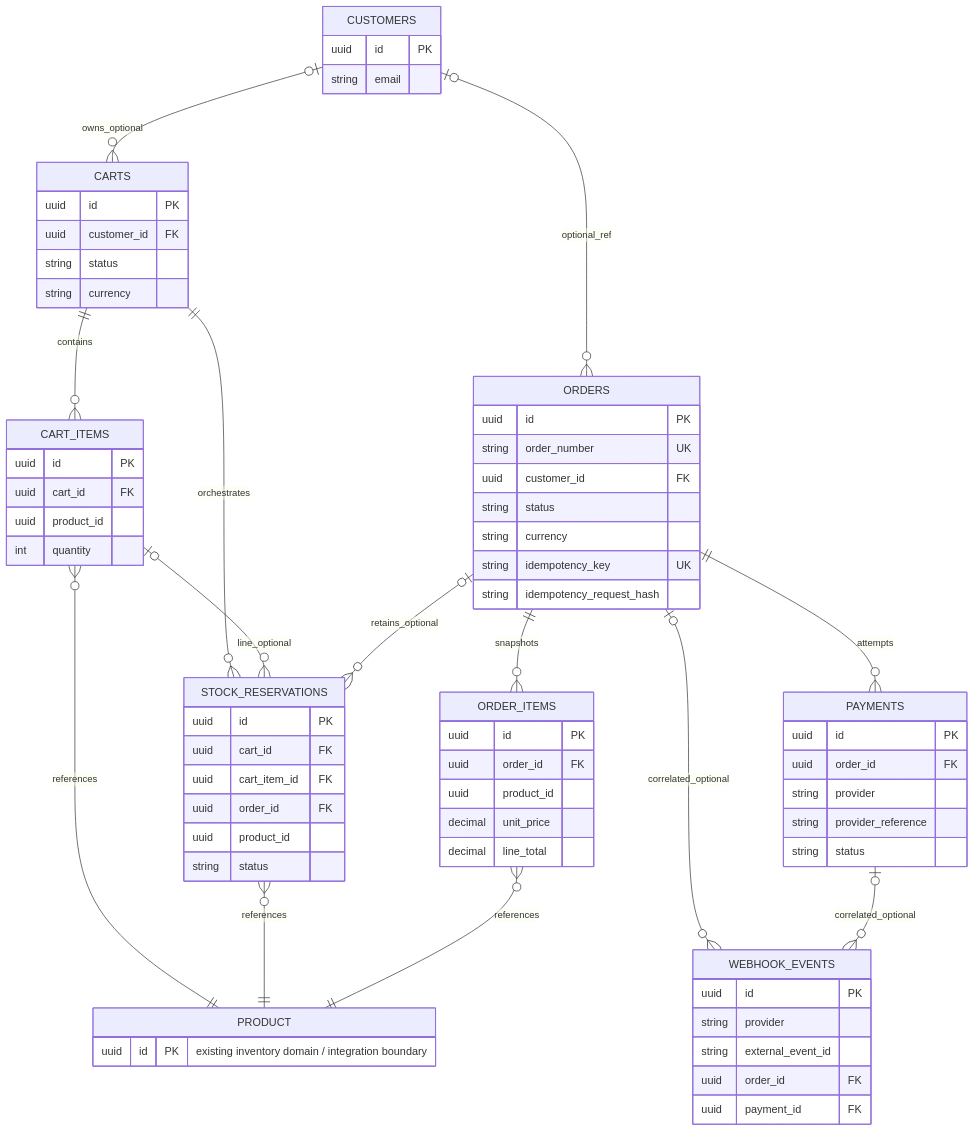
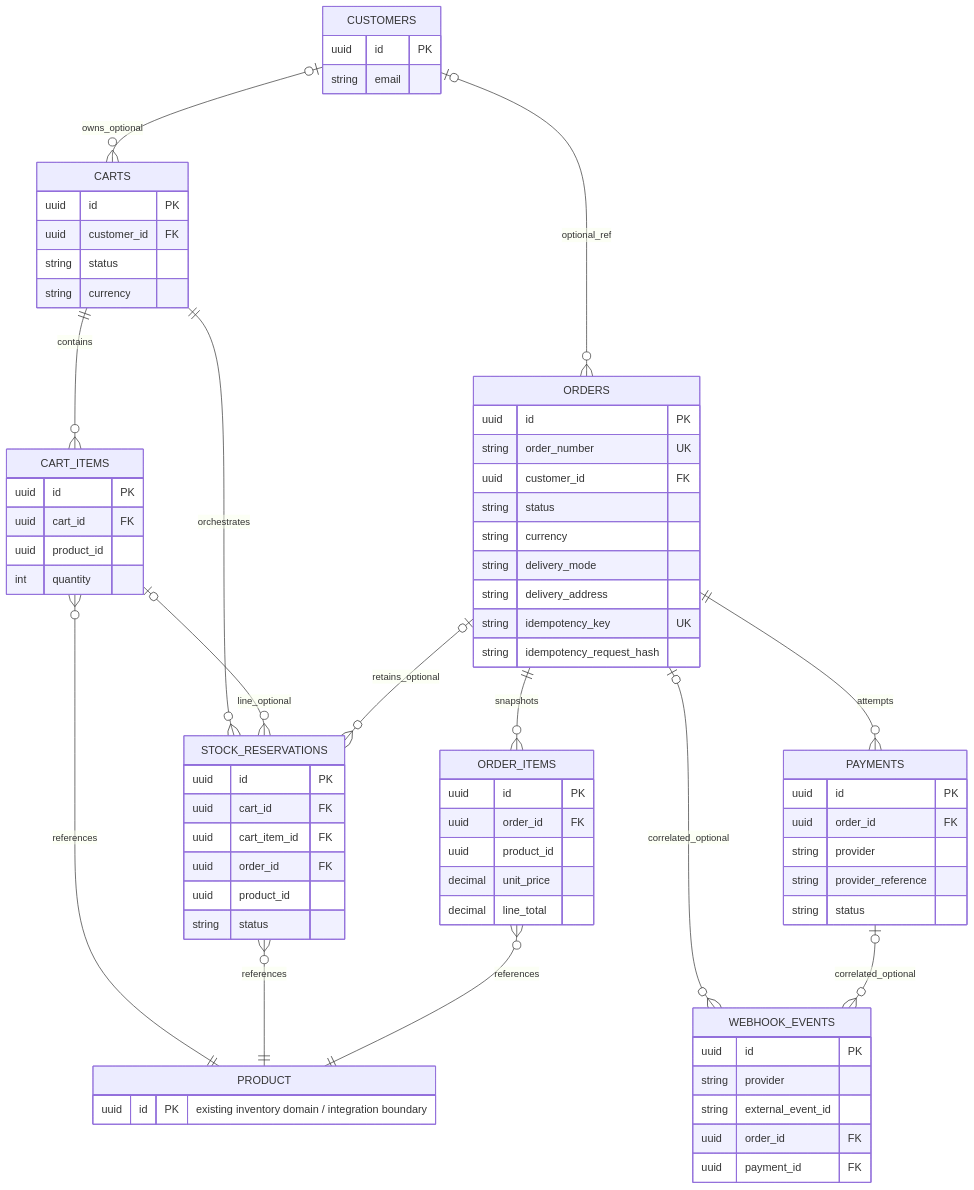
One commit to RAMA-0611/cedar-harbor changed the diagram in docs/architecture/DATA_MODEL.md. Above: the diagram before and after it, drawn with Mermaid. The commit also changed other lines of this file and 4 other files, not shown here.

Commit message:
docs(data): align delivery address with checkout flow

```diff
--- a/docs/architecture/DATA_MODEL.md
+++ b/docs/architecture/DATA_MODEL.md
@@ -663,6 +691,8 @@
     uuid customer_id FK
     string status
     string currency
+    string delivery_mode
+    string delivery_address
     string idempotency_key UK
     string idempotency_request_hash
   }
```
